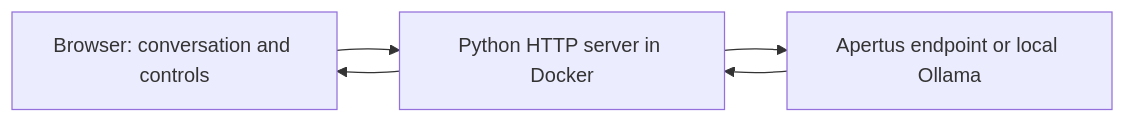
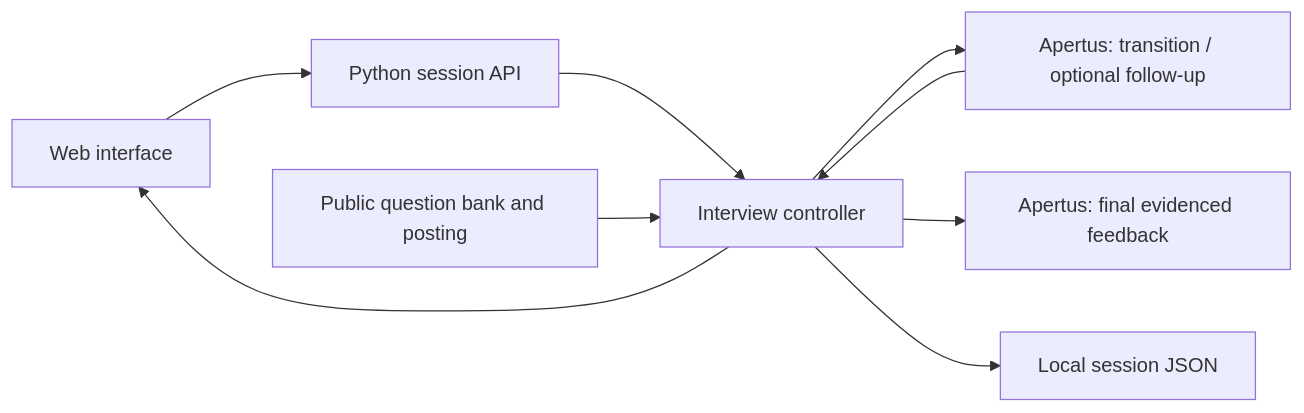
Before and after one commit to aliskin/apertus-interview-coach: the diagram in track_2a/README.md, drawn with Mermaid. The commit also changed other lines of this file and 2 other files, not shown here.

````diff
--- a/track_2a/README.md
+++ b/track_2a/README.md
@@ -67,7 +67,11 @@
 ```mermaid
 flowchart LR
-    Browser[Browser: conversation and controls] --> Server[Python HTTP server in Docker]
-    Server --> Provider[Apertus endpoint or local Ollama]
-    Provider --> Server
-    Server --> Browser
+    UI[Web interface] --> API[Python session API]
+    API --> Controller[Interview controller]
+    Bank[Public question bank and posting] --> Controller
+    Controller --> Model[Apertus: transition / optional follow-up]
+    Model --> Controller
+    Controller --> Feedback[Apertus: final evidenced feedback]
+    Controller --> Store[Local session JSON]
+    Controller --> UI
 ```
````
